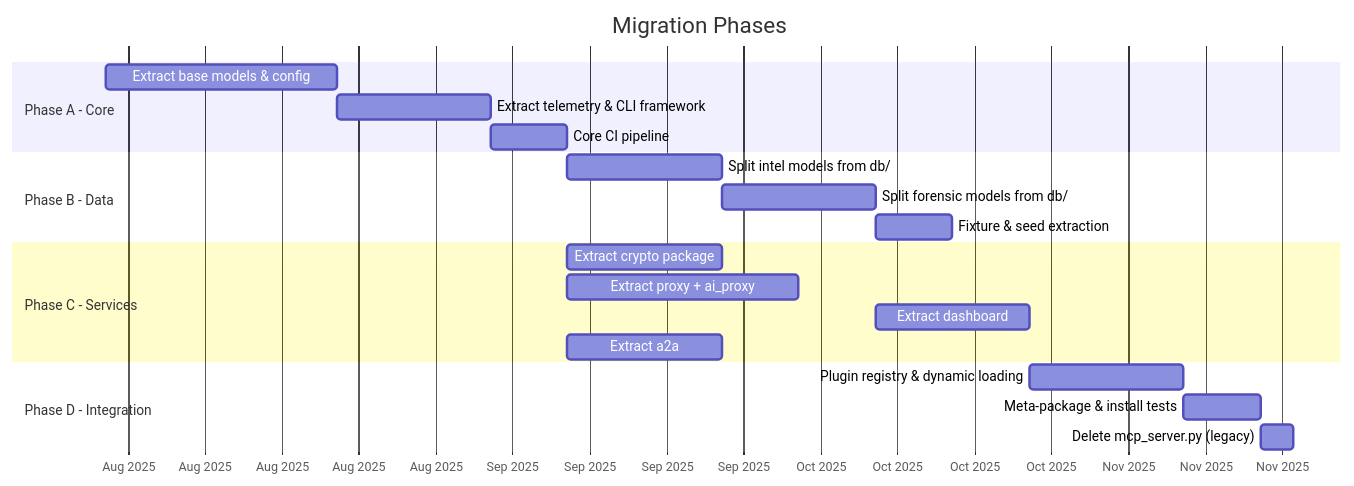
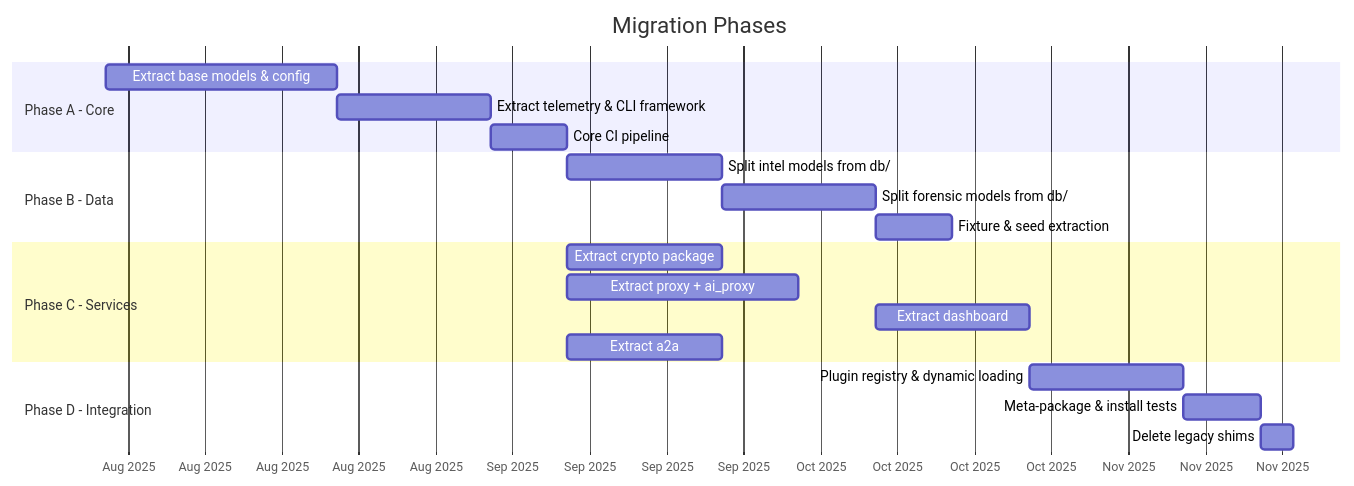
Before and after one commit to DCx7C5/cybersecsuite: the second of 2 diagrams in PROPOSAL.md, drawn with Mermaid. The commit also changed other lines of this file, not shown here.

````diff
--- a/PROPOSAL.md
+++ b/PROPOSAL.md
@@ -130,27 +130,27 @@
 ```mermaid
 gantt
     title Migration Phases
     dateFormat YYYY-MM-DD
     axisFormat %b %Y
 
     section Phase A - Core
     Extract base models & config       :a1, 2025-08-01, 21d
     Extract telemetry & CLI framework   :a2, after a1, 14d
     Core CI pipeline                    :a3, after a2, 7d
 
     section Phase B - Data
     Split intel models from db/         :b1, after a3, 14d
     Split forensic models from db/      :b2, after b1, 14d
     Fixture & seed extraction           :b3, after b2, 7d
 
     section Phase C - Services
     Extract crypto package              :c1, after a3, 14d
     Extract proxy + ai_proxy            :c2, after a3, 21d
     Extract dashboard                   :c3, after b2, 14d
     Extract a2a                         :c4, after a3, 14d
 
     section Phase D - Integration
     Plugin registry & dynamic loading   :d1, after c3, 14d
     Meta-package & install tests        :d2, after d1, 7d
-    Delete mcp_server.py (legacy)       :d3, after d2, 3d
+    Delete legacy shims                  :d3, after d2, 3d
 ```
````
